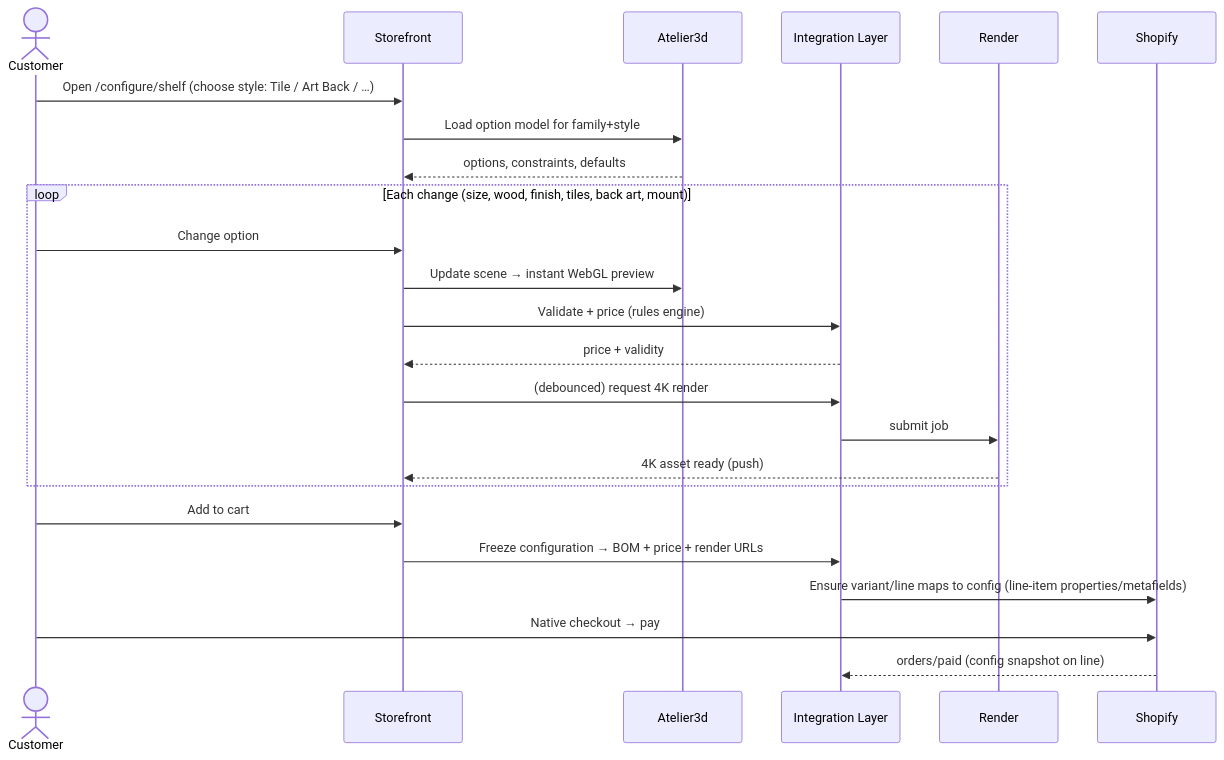
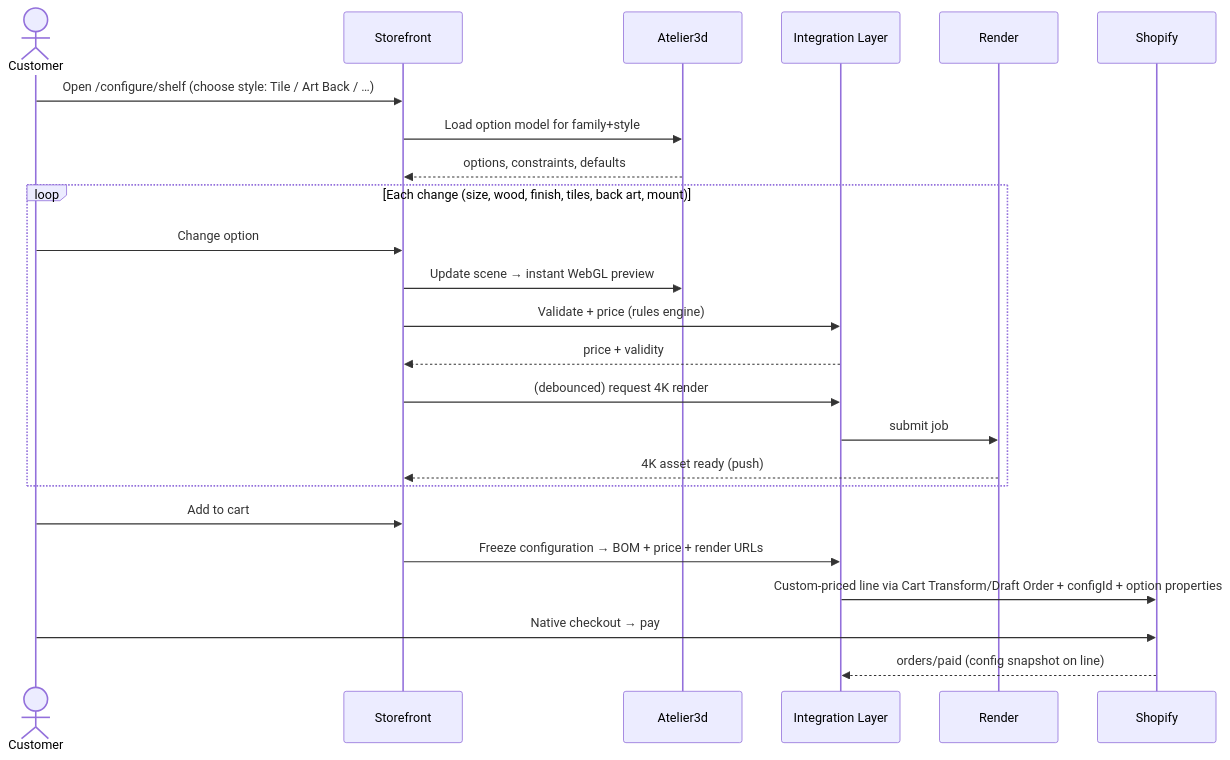
One commit to jfsgi/MEJA-ShopifyStore changed the third of 13 diagrams in docs/03-Product-Workflows.md. Above: the diagram before and after it, drawn with Mermaid. The commit also changed 6 other files, not shown here.

````diff
--- a/docs/03-Product-Workflows.md
+++ b/docs/03-Product-Workflows.md
@@ -109,26 +109,26 @@
 ```mermaid
 sequenceDiagram
     actor C as Customer
     participant ST as Storefront
     participant A3 as Atelier3d
     participant IL as Integration Layer
     participant R as Render
     participant SH as Shopify
     C->>ST: Open /configure/shelf (choose style: Tile / Art Back / …)
     ST->>A3: Load option model for family+style
     A3-->>ST: options, constraints, defaults
     loop Each change (size, wood, finish, tiles, back art, mount)
         C->>ST: Change option
         ST->>A3: Update scene → instant WebGL preview
         ST->>IL: Validate + price (rules engine)
         IL-->>ST: price + validity
         ST->>IL: (debounced) request 4K render
         IL->>R: submit job
         R-->>ST: 4K asset ready (push)
     end
     C->>ST: Add to cart
     ST->>IL: Freeze configuration → BOM + price + render URLs
-    IL->>SH: Ensure variant/line maps to config (line-item properties/metafields)
+    IL->>SH: Custom-priced line via Cart Transform/Draft Order + configId + option properties
     C->>SH: Native checkout → pay
     SH-->>IL: orders/paid (config snapshot on line)
 ```
````
